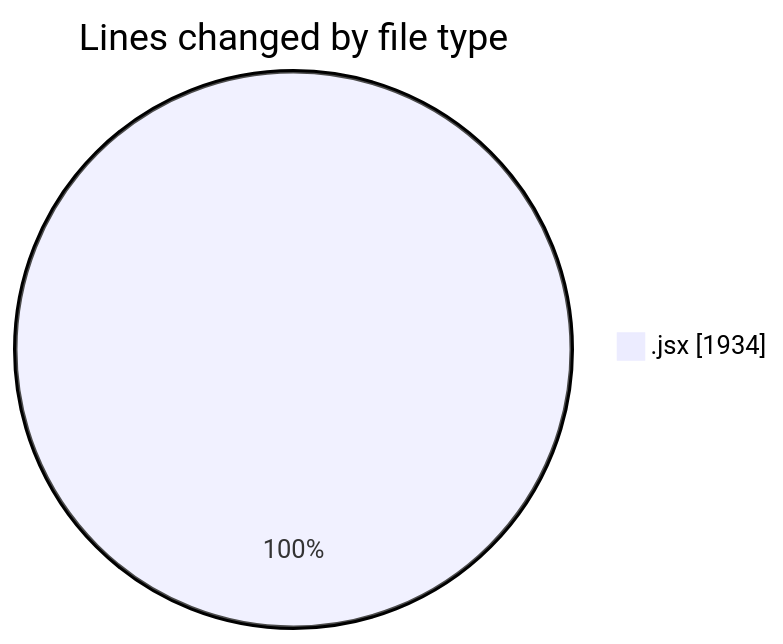
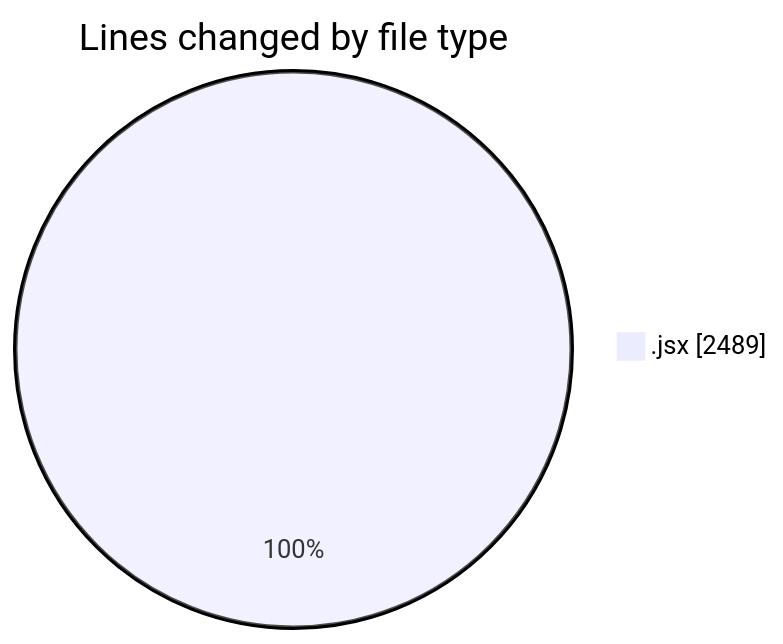
The first of 2 diagrams in 2025-12-24/nxtqube_webapp/README.md (nxtqubesakshisongat/code-tracking), drawn with Mermaid before and after one commit. The commit also changed other lines of this file and 1 other file, not shown here.

````diff
--- a/2025-12-24/nxtqube_webapp/README.md
+++ b/2025-12-24/nxtqube_webapp/README.md
@@ -20,5 +20,5 @@
 ```mermaid
 pie showData
 title Lines changed by file type
-".jsx" : 1934
+".jsx" : 2489
 ```
````
